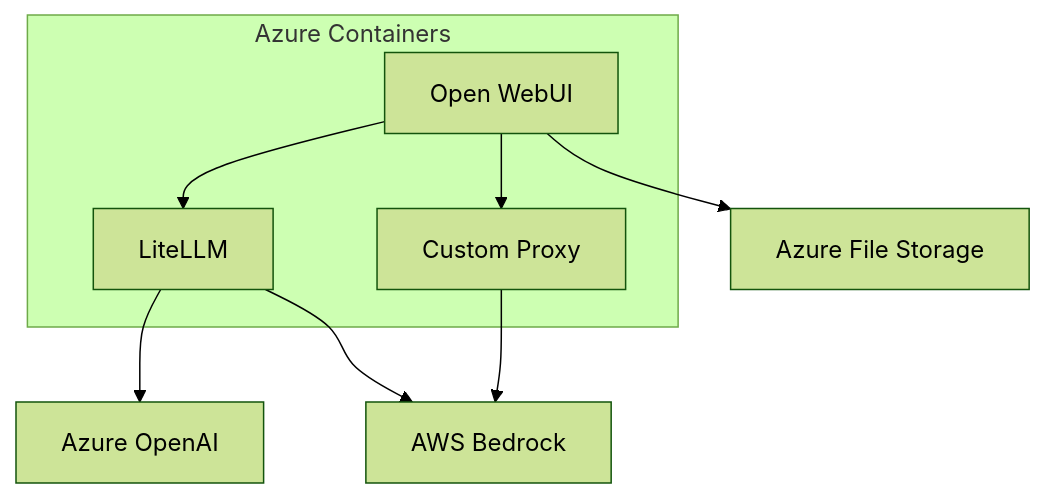
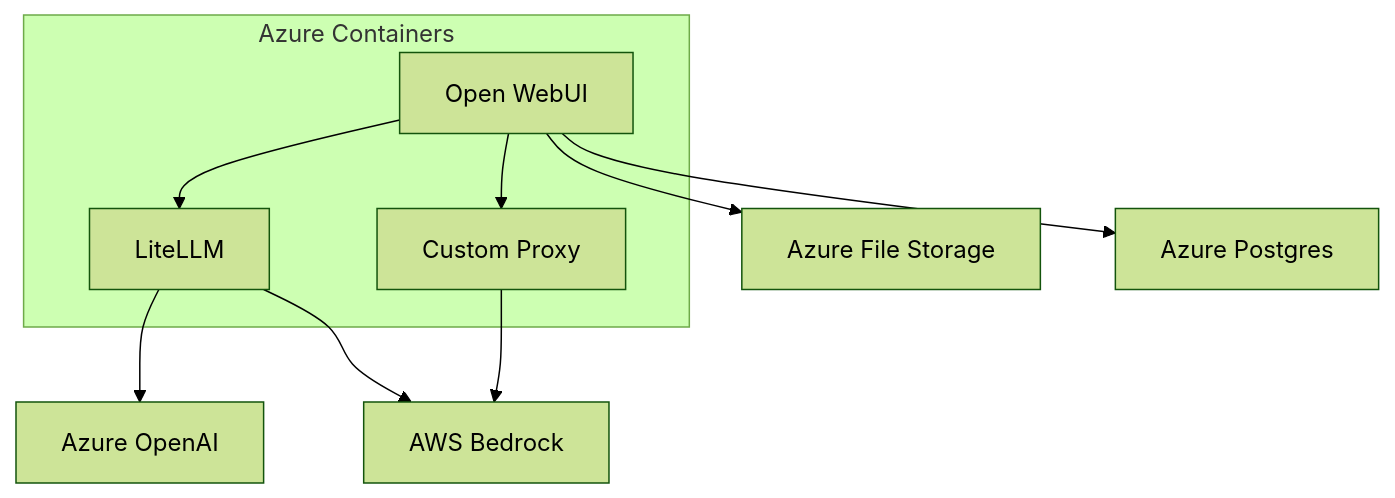
Before and after one commit to childmindresearch/doc-bot: the diagram in README.md, drawn with Mermaid (forest theme). The commit also changed other lines of this file, not shown here.

First line of the commit message:
Revise architecture and deployment details in README

````diff
--- a/README.md
+++ b/README.md
@@ -5,19 +5,21 @@
 ```mermaid
 graph TD
   subgraph Azure Containers
 	  openwebui[Open WebUI]
 	  litellm[LiteLLM]
 	  proxy[Custom Proxy]
   end
   azure_openai[Azure OpenAI]
   azure_storage[Azure File Storage]
+  azure_postgres[Azure Postgres]
   aws[AWS Bedrock]
   
   openwebui --> litellm
   openwebui --> proxy
   openwebui --> azure_storage
+  openwebui --> azure_postgres
   proxy --> aws
   litellm --> azure_openai
   litellm --> aws
   
 ```
````
